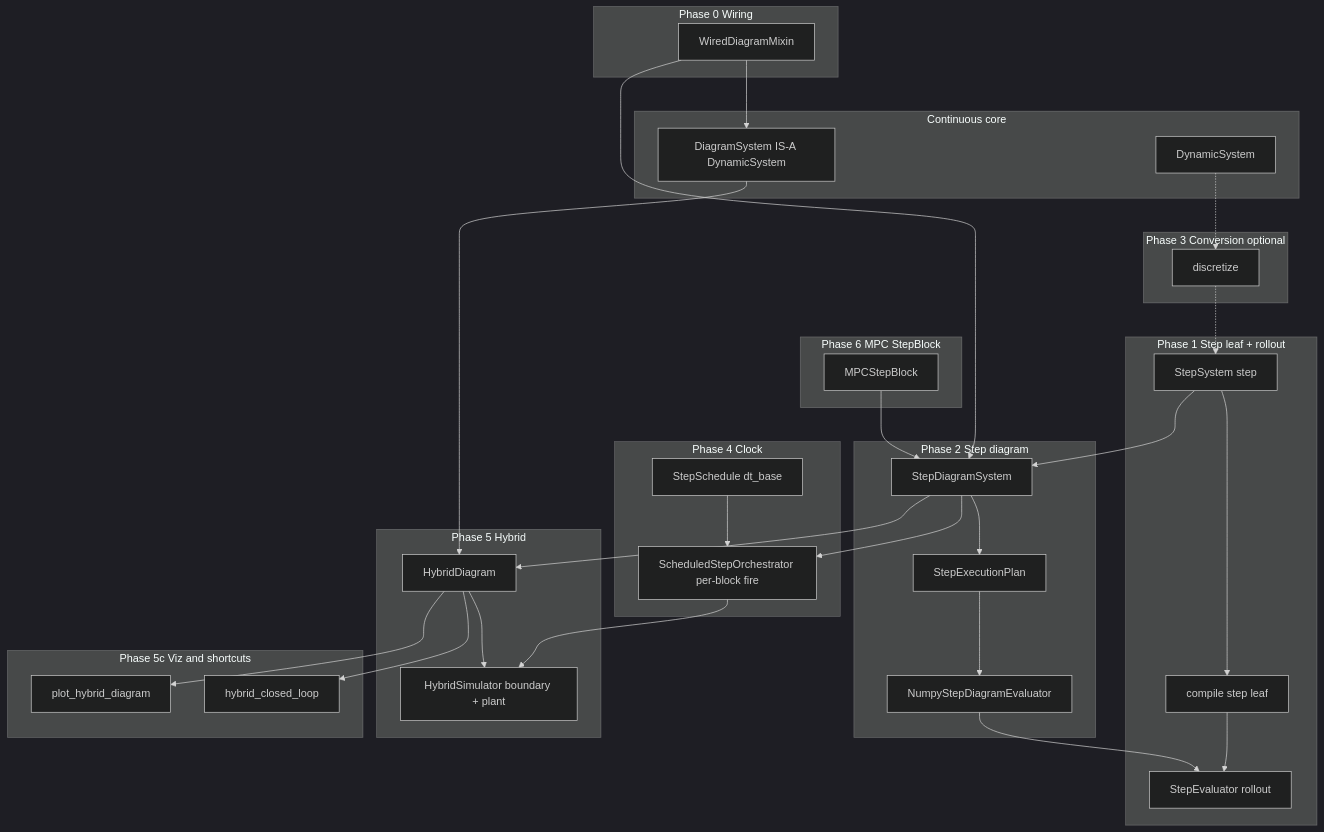
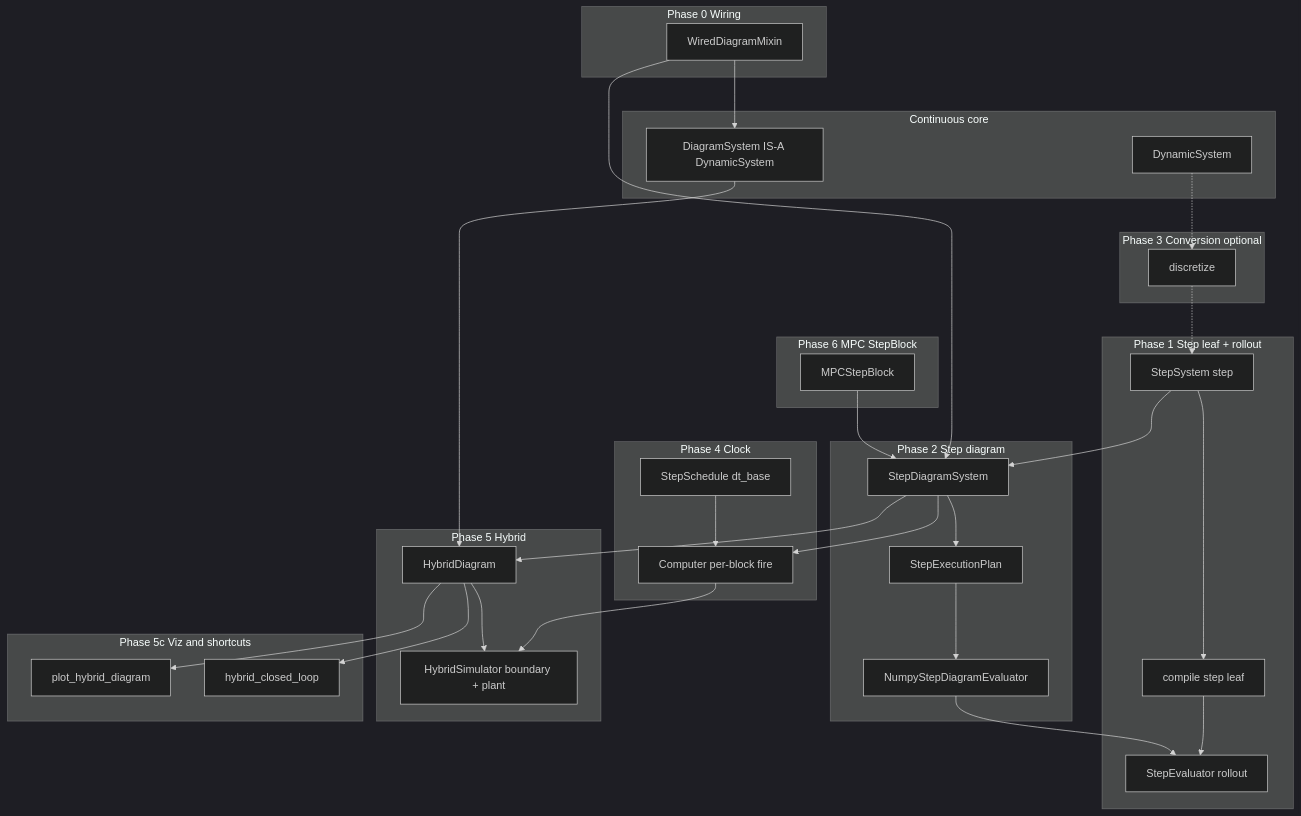
One commit to alx87grd/minilink changed the diagram in docs/plans/hybrid-discrete/00-master-plan.md. Above: the diagram before and after it, drawn with Mermaid (dark theme). The commit also changed other lines of this file and 9 other files, not shown here.

````diff
--- a/docs/plans/hybrid-discrete/00-master-plan.md
+++ b/docs/plans/hybrid-discrete/00-master-plan.md
@@ -140,61 +140,61 @@
 ```mermaid
 flowchart TB
     subgraph P0 [Phase 0 Wiring]
         WIR[WiredDiagramMixin]
     end
 
     subgraph P1 [Phase 1 Step leaf + rollout]
         SS[StepSystem step]
         CSL[compile step leaf]
         SR[StepEvaluator rollout]
     end
 
     subgraph P2 [Phase 2 Step diagram]
         SDS[StepDiagramSystem]
         SEP[StepExecutionPlan]
         SDE[NumpyStepDiagramEvaluator]
     end
 
     subgraph P3 [Phase 3 Conversion optional]
         DISC[discretize]
     end
 
     subgraph P4 [Phase 4 Clock]
         SCH[StepSchedule dt_base]
-        ORCH[ScheduledStepOrchestrator per-block fire]
+        COMP[Computer per-block fire]
     end
 
     subgraph P5 [Phase 5 Hybrid]
         HD[HybridDiagram]
         HS[HybridSimulator boundary + plant]
     end
 
     subgraph P5c [Phase 5c Viz and shortcuts]
         PLOT[plot_hybrid_diagram]
         HCL[hybrid_closed_loop]
     end
 
     subgraph P6 [Phase 6 MPC StepBlock]
         MPC[MPCStepBlock]
     end
 
     subgraph Cont [Continuous core]
         DS[DynamicSystem]
         DF[DiagramSystem IS-A DynamicSystem]
     end
 
     WIR --> DF
     WIR --> SDS
     SS --> CSL --> SR
     SS --> SDS --> SEP --> SDE --> SR
     DS -.-> DISC -.-> SS
-    SDS --> ORCH
-    SCH --> ORCH
-    ORCH --> HS
+    SDS --> COMP
+    SCH --> COMP
+    COMP --> HS
     SDS --> HD
     DF --> HD
     HD --> HS
     HD --> PLOT
     HD --> HCL
     MPC --> SDS
 ```
````
